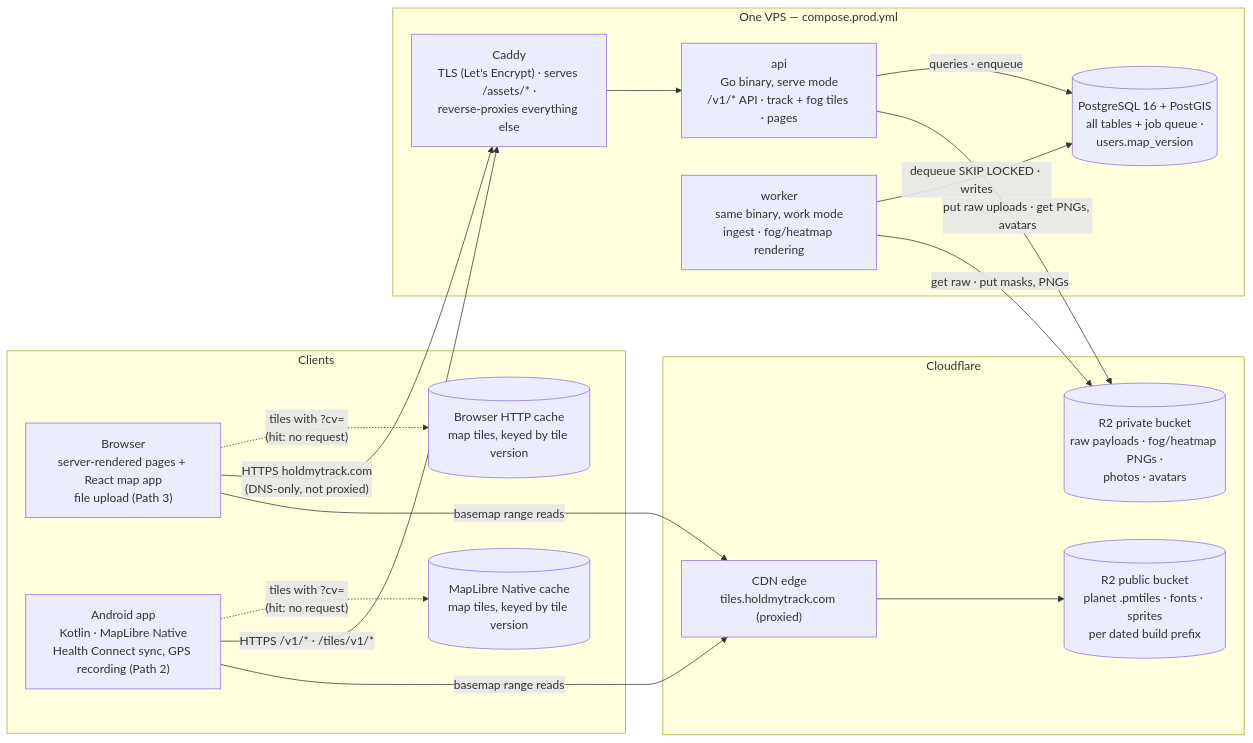
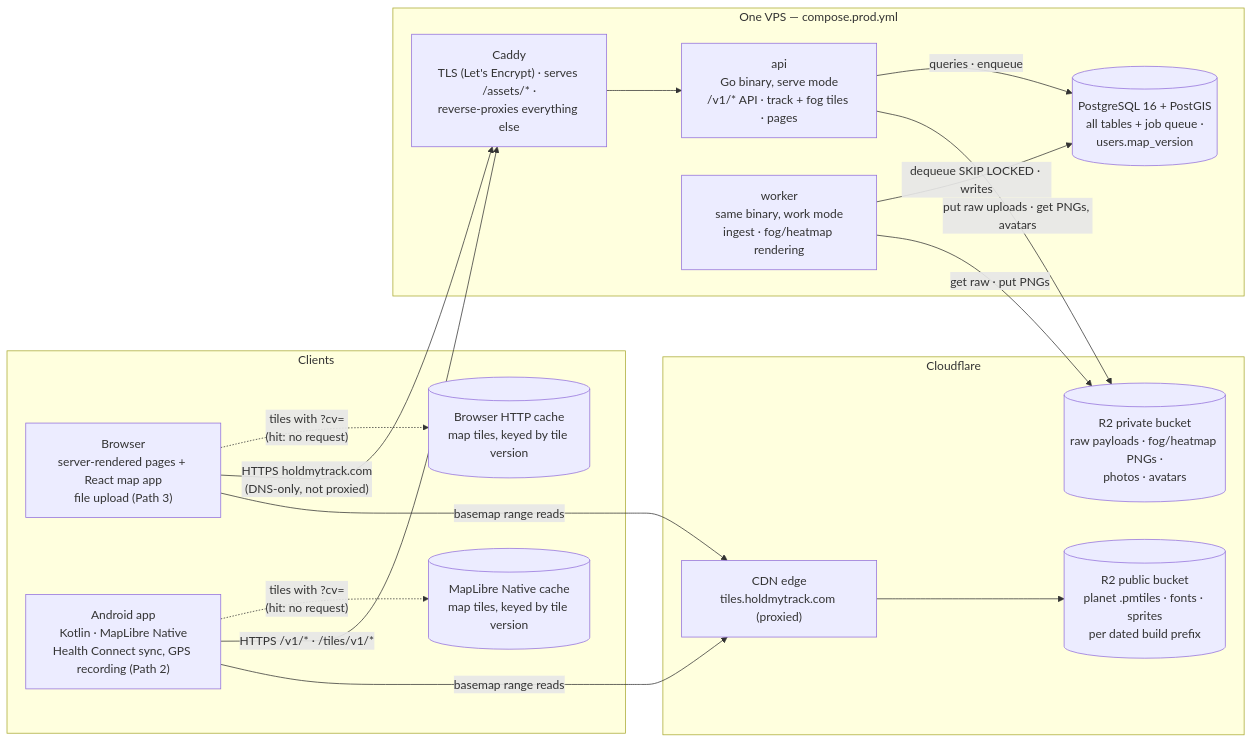
Before and after one commit to HoldMyTrack/holdmytrack: the diagram in docs/ARCHITECTURE.md, drawn with Mermaid. The commit also changed other lines of this file and 22 other files, not shown here.

````diff
--- a/docs/ARCHITECTURE.md
+++ b/docs/ARCHITECTURE.md
@@ -39,32 +39,32 @@
 ```mermaid
 flowchart LR
     subgraph Clients
         browser["Browser<br/>server-rendered pages + React map app<br/>file upload (Path 3)"]
         android["Android app<br/>Kotlin · MapLibre Native<br/>Health Connect sync, GPS recording (Path 2)"]
         bcache[("Browser HTTP cache<br/>map tiles, keyed by tile version")]
         acache[("MapLibre Native cache<br/>map tiles, keyed by tile version")]
     end
     subgraph VPS["One VPS — compose.prod.yml"]
         caddy["Caddy<br/>TLS (Let's Encrypt) · serves /assets/* ·<br/>reverse-proxies everything else"]
         api["api<br/>Go binary, serve mode<br/>/v1/* API · track + fog tiles · pages"]
         worker["worker<br/>same binary, work mode<br/>ingest · fog/heatmap rendering"]
         pg[("PostgreSQL 16 + PostGIS<br/>all tables + job queue ·<br/>users.map_version")]
     end
     subgraph CF["Cloudflare"]
         edge["CDN edge<br/>tiles.holdmytrack.com (proxied)"]
         pub[("R2 public bucket<br/>planet .pmtiles · fonts · sprites<br/>per dated build prefix")]
         priv[("R2 private bucket<br/>raw payloads · fog/heatmap PNGs ·<br/>photos · avatars")]
     end
     browser -.->|"tiles with ?cv=<br/>(hit: no request)"| bcache
     android -.->|"tiles with ?cv=<br/>(hit: no request)"| acache
     browser -->|"HTTPS holdmytrack.com<br/>(DNS-only, not proxied)"| caddy
     android -->|"HTTPS /v1/* · /tiles/v1/*"| caddy
     caddy --> api
     api -->|queries · enqueue| pg
     worker -->|dequeue SKIP LOCKED · writes| pg
     api -->|put raw uploads · get PNGs, avatars| priv
-    worker -->|get raw · put masks, PNGs| priv
+    worker -->|get raw · put PNGs| priv
     browser -->|basemap range reads| edge
     android -->|basemap range reads| edge
     edge --> pub
 ```
````
